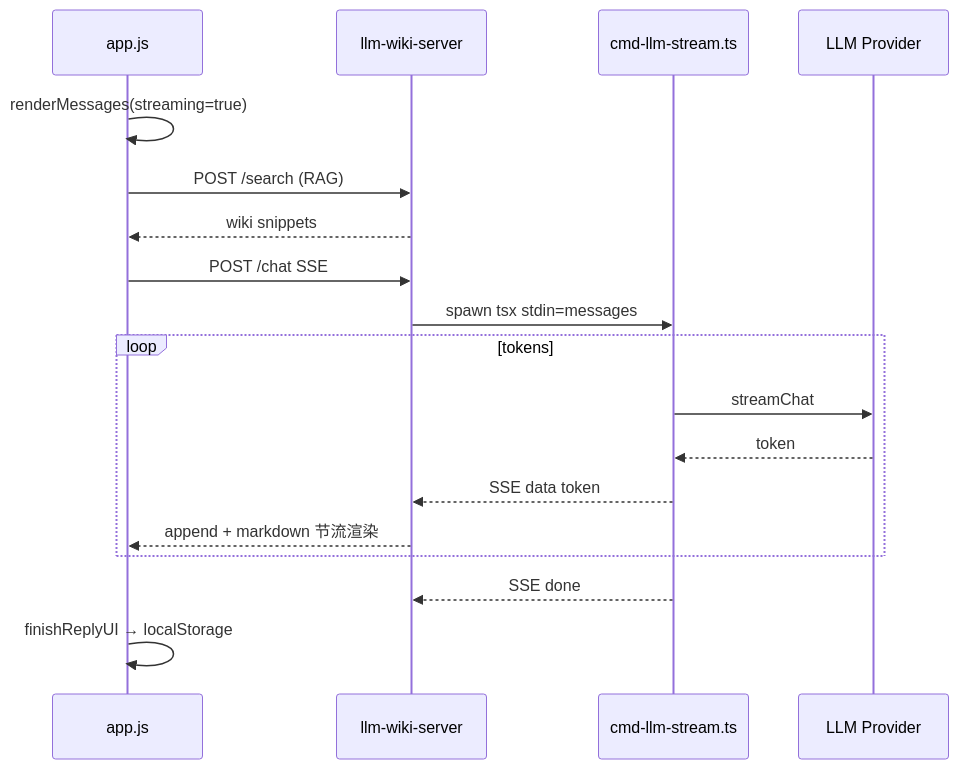
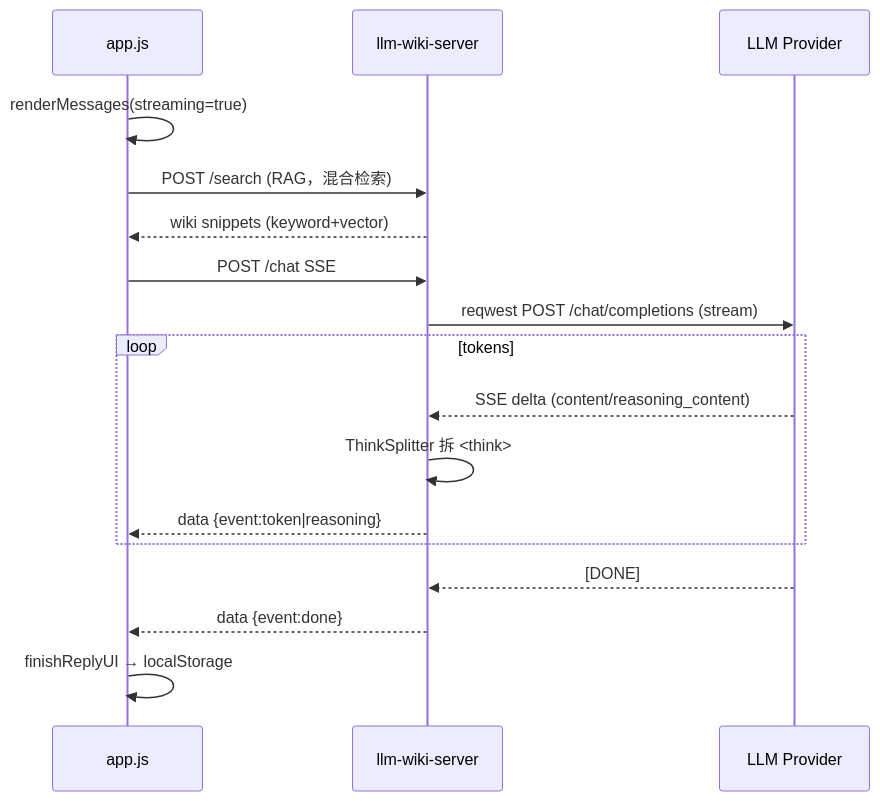
Before and after one commit to dfsffsa/llm_wiki-server: the sixth of 10 diagrams in docs/代码结构总览.md, drawn with Mermaid. The commit also changed other lines of this file and 7 other files, not shown here.

First line of the commit message:
docs: sync existing docs to reqwest-chat + hybrid-search reality

````diff
--- a/docs/代码结构总览.md
+++ b/docs/代码结构总览.md
@@ -546,21 +559,20 @@
 ```mermaid
 sequenceDiagram
   participant UI as app.js
   participant API as llm-wiki-server
-  participant Node as cmd-llm-stream.ts
   participant LLM as LLM Provider
 
   UI->>UI: renderMessages(streaming=true)
-  UI->>API: POST /search (RAG)
-  API-->>UI: wiki snippets
+  UI->>API: POST /search (RAG，混合检索)
+  API-->>UI: wiki snippets (keyword+vector)
   UI->>API: POST /chat SSE
-  API->>Node: spawn tsx stdin=messages
+  API->>LLM: reqwest POST /chat/completions (stream)
   loop tokens
-    Node->>LLM: streamChat
-    LLM-->>Node: token
-    Node-->>API: SSE data token
-    API-->>UI: append + markdown 节流渲染
+    LLM-->>API: SSE delta (content/reasoning_content)
+    API->>API: ThinkSplitter 拆 <think>
+    API-->>UI: data {event:token|reasoning}
   end
-  Node-->>API: SSE done
+  LLM-->>API: [DONE]
+  API-->>UI: data {event:done}
   UI->>UI: finishReplyUI → localStorage
 ```
````
